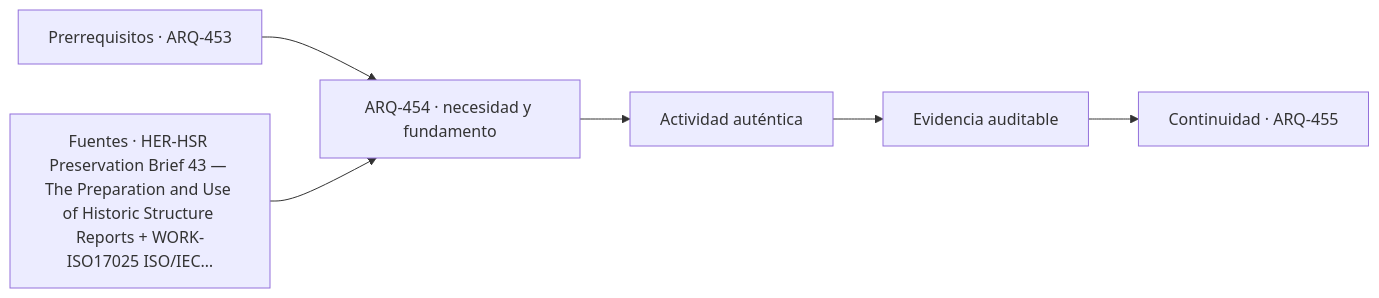
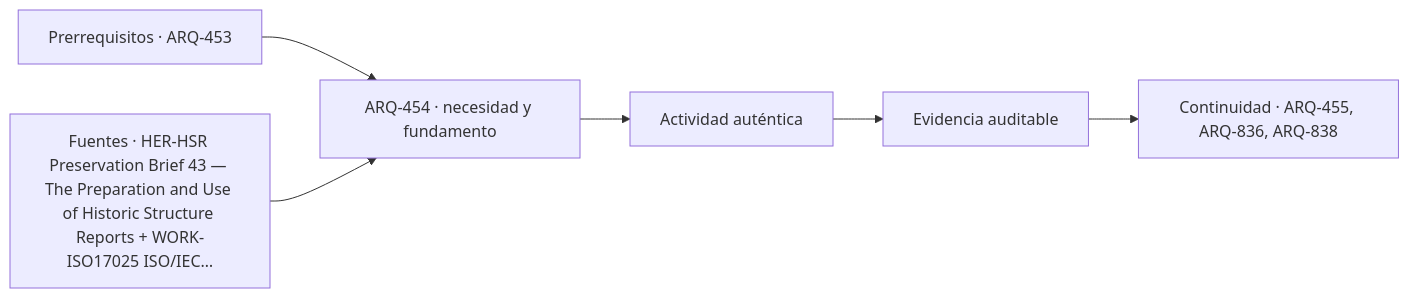
One commit to vladimiracunadev-create/architecture-built-environment-learning-program changed the diagram in classes/parte-46/ARQ-454.md. Above: the diagram before and after it, drawn with Mermaid. The commit also changed other lines of this file and 182 other files, not shown here.

````diff
--- a/classes/parte-46/ARQ-454.md
+++ b/classes/parte-46/ARQ-454.md
@@ -87,8 +87,8 @@
 ```mermaid
 flowchart LR
     A["Prerrequisitos · ARQ-453"] --> B["ARQ-454 · necesidad y fundamento"]
     S["Fuentes · HER-HSR Preservation Brief 43 — The Preparation and Use of Historic Structure Reports + WORK-ISO17025 ISO/IEC…"] --> B
     B --> C["Actividad auténtica"]
     C --> D["Evidencia auditable"]
-    D --> E["Continuidad · ARQ-455"]
+    D --> E["Continuidad · ARQ-455, ARQ-836, ARQ-838"]
 ```
````
